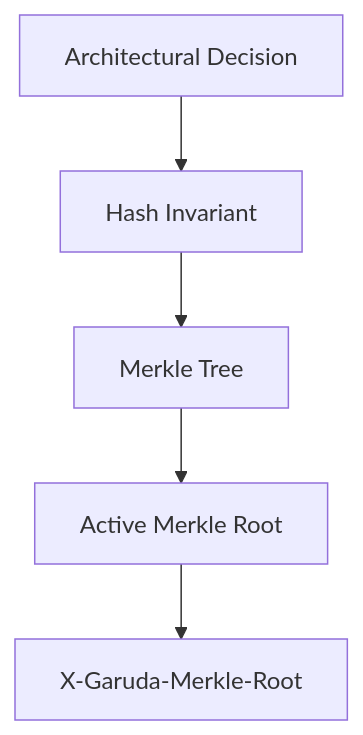
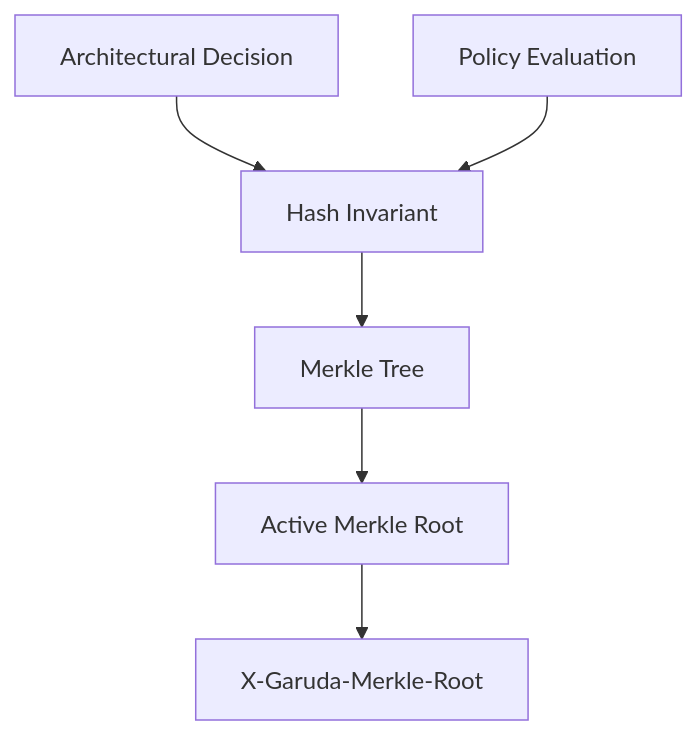
One commit to myshra777-ai/garuda changed the fourth of 5 diagrams in README.md. Above: the diagram before and after it, drawn with Mermaid. The commit also changed other lines of this file, not shown here.

First line of the commit message:
Revise README for multi-language and policy updates

````diff
--- a/README.md
+++ b/README.md
@@ -167,7 +254,8 @@
 ```mermaid
 flowchart TD
     DECISION["Architectural Decision"] --> HASH["Hash Invariant"]
+    POLICY["Policy Evaluation"] --> HASH
     HASH --> TREE["Merkle Tree"]
     TREE --> ROOT["Active Merkle Root"]
     ROOT --> HEADER["X-Garuda-Merkle-Root"]
 ```
````
